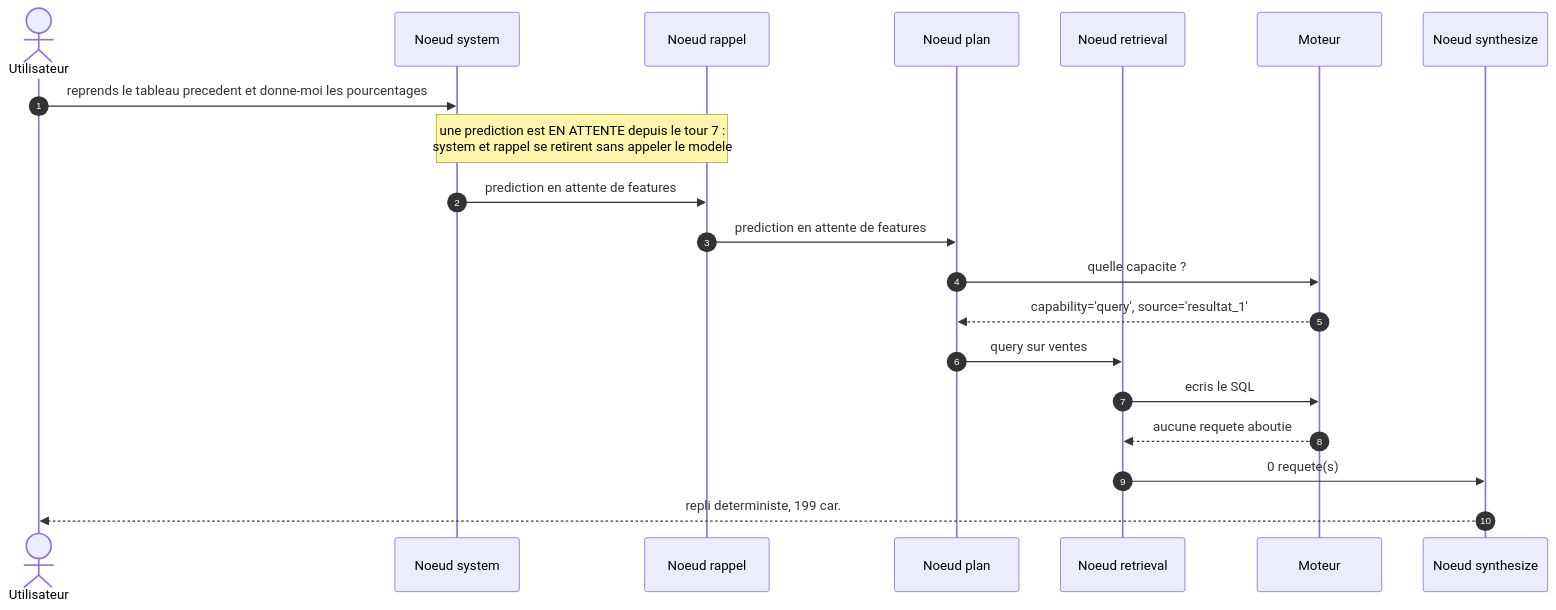
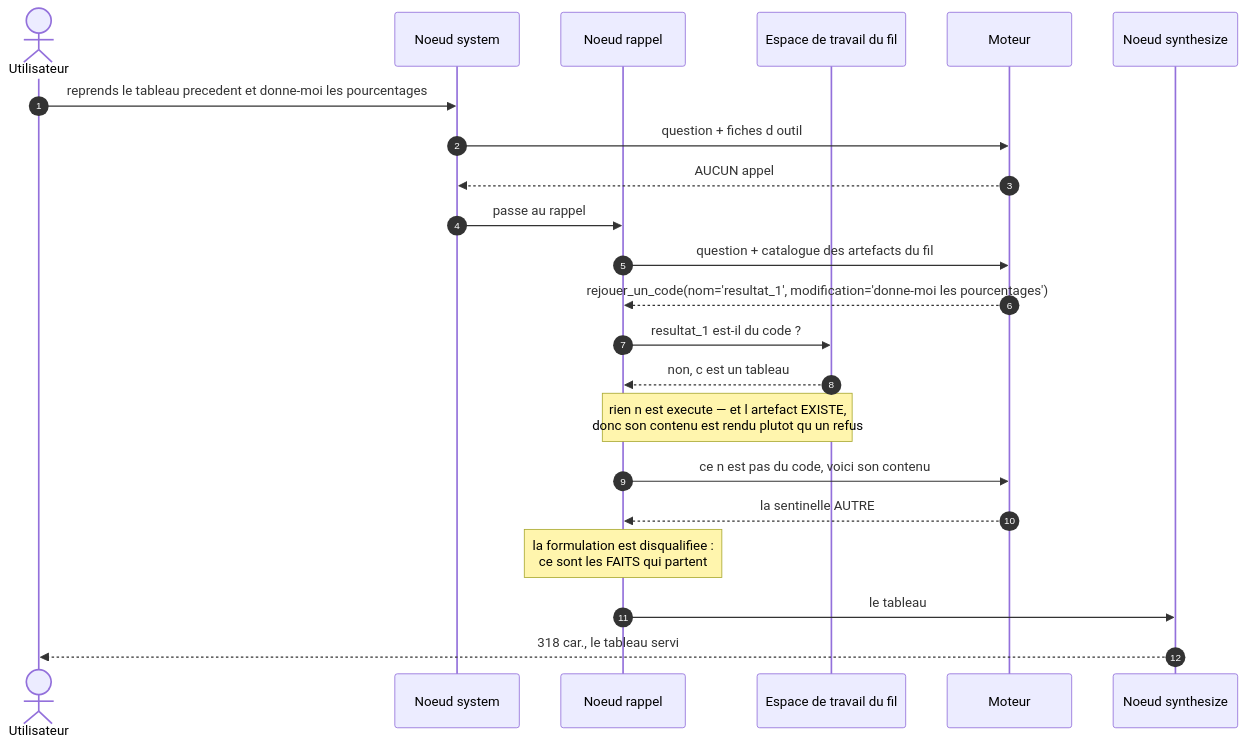
One commit to floSa/data-analyst-agent changed the eighth of 8 diagrams in docs/parcours-de-l-agent.md. Above: the diagram before and after it, drawn with Mermaid. The commit also changed other lines of this file and 3 other files, not shown here.

First line of the commit message:
docs(parcours): les trois défauts décrits en fin de document sont corrigés

````diff
--- a/docs/parcours-de-l-agent.md
+++ b/docs/parcours-de-l-agent.md
@@ -381,23 +390,25 @@
 ```mermaid
 sequenceDiagram
     autonumber
     actor U as Utilisateur
     participant S as Noeud system
     participant R as Noeud rappel
-    participant P as Noeud plan
-    participant Q as Noeud retrieval
+    participant W as Espace de travail du fil
     participant M as Moteur
     participant Y as Noeud synthesize
 
     U->>S: reprends le tableau precedent et donne-moi les pourcentages
-    Note over S,R: une prediction est EN ATTENTE depuis le tour 7 :<br/>system et rappel se retirent sans appeler le modele
-    S->>R: prediction en attente de features
-    R->>P: prediction en attente de features
-    P->>M: quelle capacite ?
-    M-->>P: capability='query', source='resultat_1'
-    P->>Q: query sur ventes
-    Q->>M: ecris le SQL
-    M-->>Q: aucune requete aboutie
-    Q->>Y: 0 requete(s)
-    Y-->>U: repli deterministe, 199 car.
+    S->>M: question + fiches d outil
+    M-->>S: AUCUN appel
+    S->>R: passe au rappel
+    R->>M: question + catalogue des artefacts du fil
+    M-->>R: rejouer_un_code(nom='resultat_1', modification='donne-moi les pourcentages')
+    R->>W: resultat_1 est-il du code ?
+    W-->>R: non, c est un tableau
+    Note over R,W: rien n est execute — et l artefact EXISTE,<br/>donc son contenu est rendu plutot qu un refus
+    R->>M: ce n est pas du code, voici son contenu
+    M-->>R: la sentinelle AUTRE
+    Note over R: la formulation est disqualifiee :<br/>ce sont les FAITS qui partent
+    R->>Y: le tableau
+    Y-->>U: 318 car., le tableau servi
 ```
````
